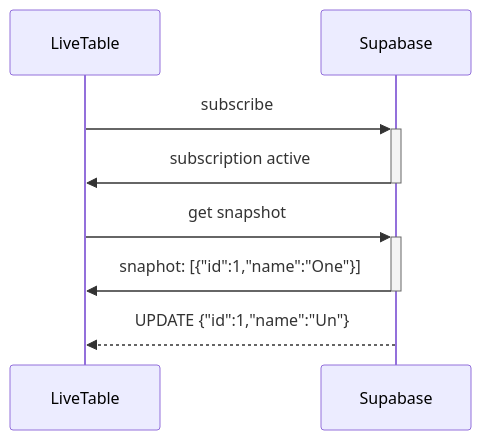
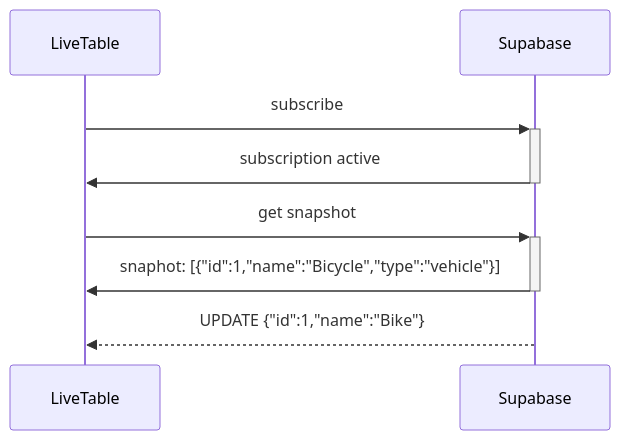
The diagram in docs/replays-updates-that-arrived-after-the-snapshot.md (openartmarket/supabase-live-table), drawn with Mermaid before and after one commit. The commit also changed other lines of this file and 3 other files, not shown here.

````diff
--- a/docs/replays-updates-that-arrived-after-the-snapshot.md
+++ b/docs/replays-updates-that-arrived-after-the-snapshot.md
@@ -2,8 +2,8 @@
 ```mermaid
 sequenceDiagram
   LiveTable->>+Supabase: subscribe
   Supabase->>-LiveTable: subscription active
   LiveTable->>+Supabase: get snapshot
-  Supabase->>-LiveTable: snaphot: [{"id":1,"name":"One"}]
-  Supabase-->>LiveTable: UPDATE {"id":1,"name":"Un"}
+  Supabase->>-LiveTable: snaphot: [{"id":1,"name":"Bicycle","type":"vehicle"}]
+  Supabase-->>LiveTable: UPDATE {"id":1,"name":"Bike"}
 ```
````
